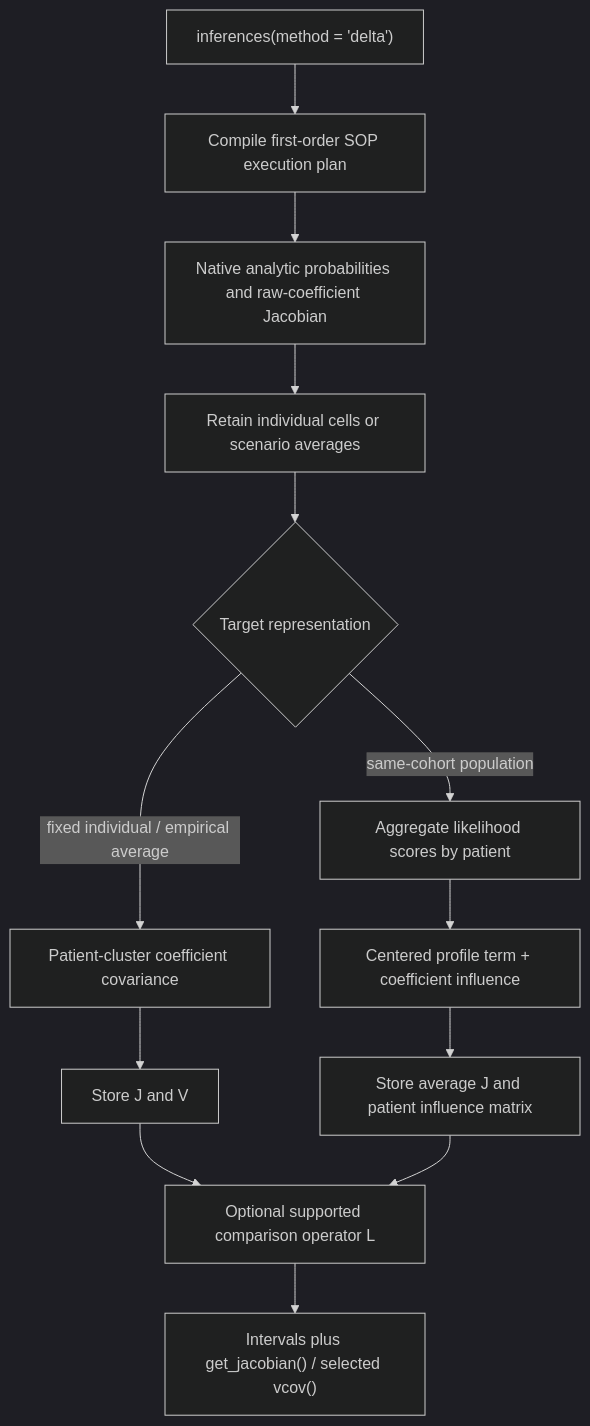
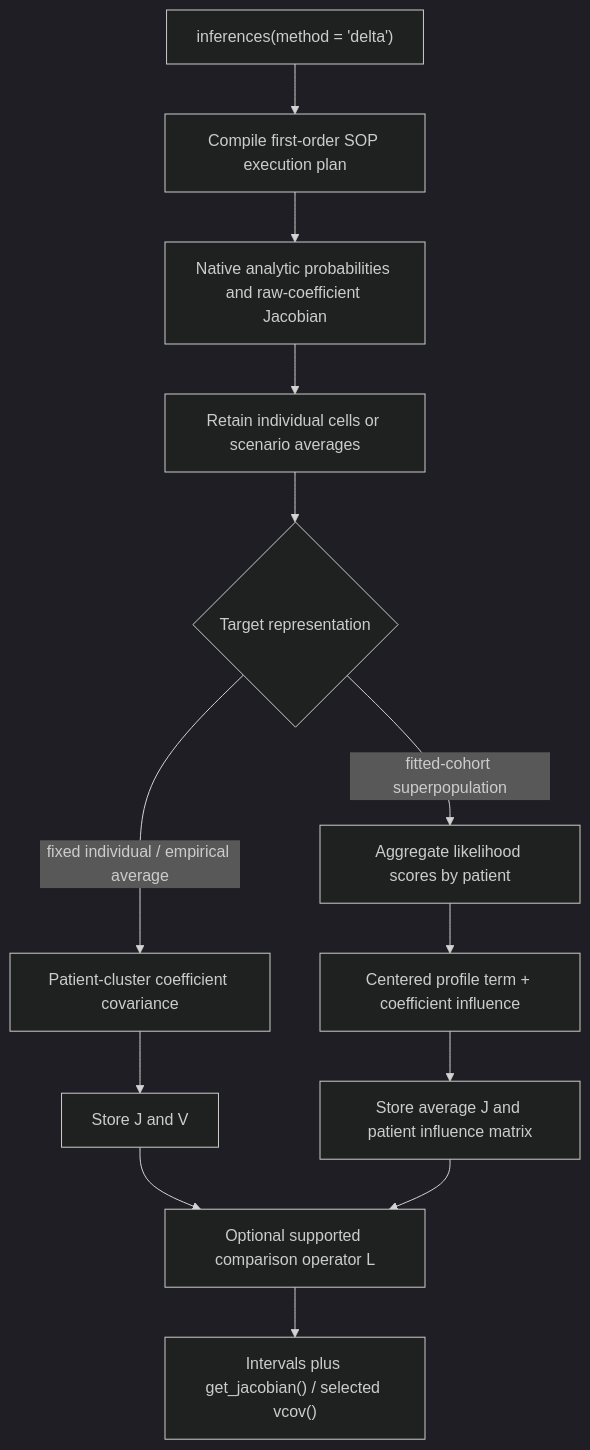
Before and after one commit to scjohannes/markov.misc: the fifth of 7 diagrams in ARCHITECTURE.md, drawn with Mermaid (dark theme). The commit also changed other lines of this file and 36 other files, not shown here.

````diff
--- a/ARCHITECTURE.md
+++ b/ARCHITECTURE.md
@@ -422,15 +445,15 @@
 ```mermaid
 flowchart TD
   ENTRY["inferences(method = 'delta')"] --> PLAN["Compile first-order SOP execution plan"]
   PLAN --> CORE["Native analytic probabilities and raw-coefficient Jacobian"]
   CORE --> REDUCE["Retain individual cells or scenario averages"]
   REDUCE --> EMP{"Target representation"}
   EMP -- "fixed individual / empirical average" --> COV["Patient-cluster coefficient covariance"]
   COV --> COEF["Store J and V"]
-  EMP -- "same-cohort population" --> SCORE["Aggregate likelihood scores by patient"]
+  EMP -- "fitted-cohort superpopulation" --> SCORE["Aggregate likelihood scores by patient"]
   SCORE --> IF["Centered profile term + coefficient influence"]
   IF --> INFL["Store average J and patient influence matrix"]
   COEF --> OP["Optional supported comparison operator L"]
   INFL --> OP
   OP --> RESULT["Intervals plus get_jacobian() / selected vcov()"]
 ```
````
